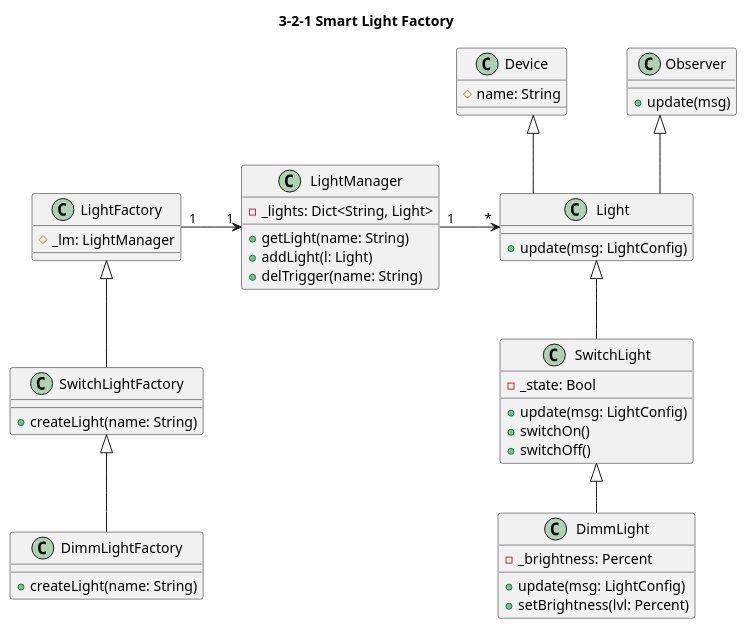
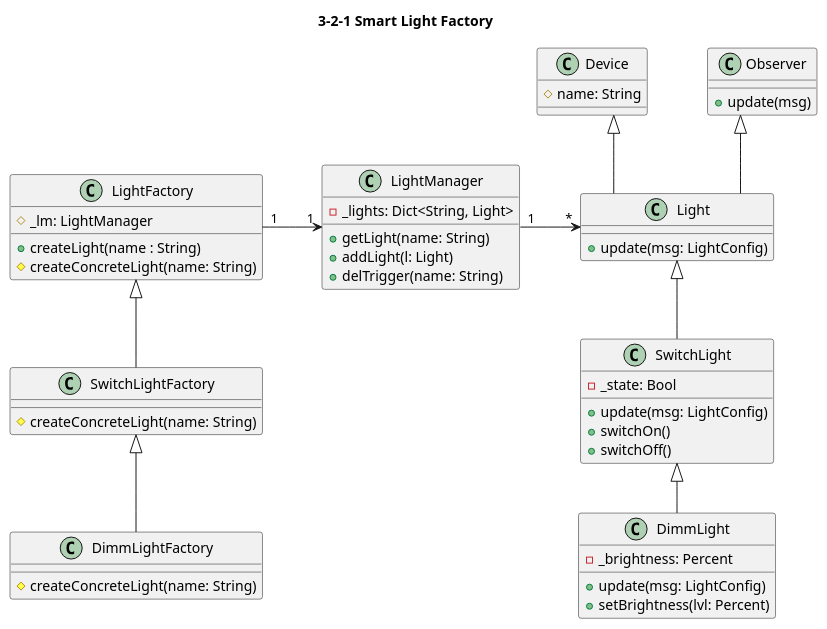
Before and after one commit to khanhln2907/Software_Architecture: the diagram in Assignment/HW3/submission/hw321_factory.pu, drawn with PlantUML. The commit also changed 3 other files, not shown here.

```diff
--- a/Assignment/HW3/submission/hw321_factory.pu
+++ b/Assignment/HW3/submission/hw321_factory.pu
@@ -1,85 +1,87 @@
 @startuml
 ' Settings
 ' ============================
 
 ' use +,#,- instead of icons
 'skinparam classAttributeIconSize 0
 
 ' horizontal distance in px
 skinparam nodesep 60 
 
 ' vertical distance in px
 skinparam ranksep 50
 
 ' use only straight lines (ortho/polyline)
 skinparam linetype ortho
 
 ' title
 title 3-2-1 Smart Light Factory
 
 
 
 ' Abstract Classes
 ' ============================
 class Light{
     +update(msg: LightConfig)
 }
 
 class Observer{
     +update(msg)
 }
 
 class Device{
     #name: String
 }
 
 class LightFactory{
     #_lm: LightManager 
+    +createLight(name : String)
+    #createConcreteLight(name: String)
 }
 
 ' Concrete Classes
 ' ============================
 class LightManager{
     -_lights: Dict<String, Light> 
     +getLight(name: String)
     +addLight(l: Light)
     +delTrigger(name: String)
 }
 
 class SwitchLight{
     -_state: Bool
     +update(msg: LightConfig)
     +switchOn()
     +switchOff()
 }
 
 class DimmLight{
     -_brightness: Percent
     +update(msg: LightConfig)
     +setBrightness(lvl: Percent)
 }
 
 class SwitchLightFactory{
-    +createLight(name: String)
+    #createConcreteLight(name: String)
 }
 
 class DimmLightFactory{
-    +createLight(name: String)
+    #createConcreteLight(name: String)
 }
 
 
 ' Relations
 ' ================================
 
 SwitchLightFactory -u-|> LightFactory
 
 DimmLightFactory -u-|> SwitchLightFactory
 LightFactory "1" -r-> "1" LightManager
 LightManager "1" -r-> "*" Light
 Light -u-|> Observer
 Light -u-|> Device
 SwitchLight -u-|> Light
 DimmLight -u-|> SwitchLight
 
 
 @enduml
```
